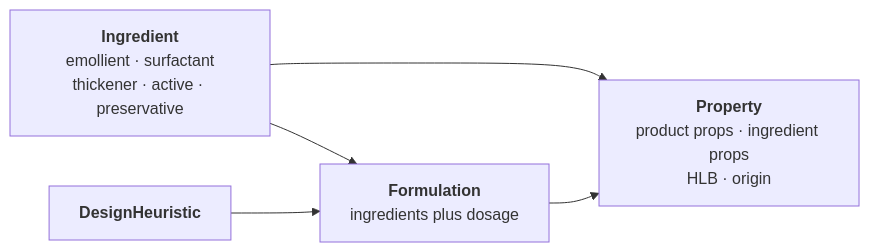
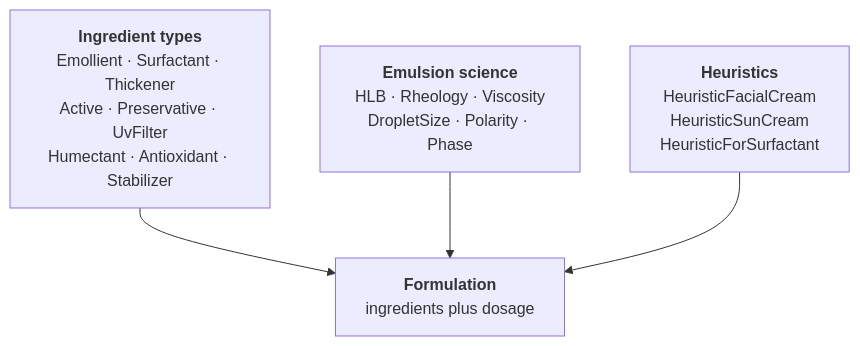
One commit to devexlynne/A-Multi-Source-Enriched-Skincare-Product-Dataset-for-Knowledge-Graph-Based-Recommendation changed the third of 6 diagrams in ONTOLOGY_REUSE.md. Above: the diagram before and after it, drawn with Mermaid. The commit also changed other lines of this file and 4 other files, not shown here.

````diff
--- a/ONTOLOGY_REUSE.md
+++ b/ONTOLOGY_REUSE.md
@@ -128,11 +193,10 @@
 ```mermaid
-graph LR
-    I["<b>Ingredient</b><br/>emollient · surfactant<br/>thickener · active · preservative"]
-    F["<b>Formulation</b><br/>ingredients plus dosage"]
-    P["<b>Property</b><br/>product props · ingredient props<br/>HLB · origin"]
-    H["<b>DesignHeuristic</b>"]
-    I --> F
-    I --> P
-    F --> P
-    H --> F
+graph TB
+    ING["<b>Ingredient types</b><br/>Emollient · Surfactant · Thickener<br/>Active · Preservative · UvFilter<br/>Humectant · Antioxidant · Stabilizer"]
+    EMU["<b>Emulsion science</b><br/>HLB · Rheology · Viscosity<br/>DropletSize · Polarity · Phase"]
+    HEU["<b>Heuristics</b><br/>HeuristicFacialCream<br/>HeuristicSunCream<br/>HeuristicForSurfactant"]
+    FOR["<b>Formulation</b><br/>ingredients plus dosage"]
+    ING --> FOR
+    EMU --> FOR
+    HEU --> FOR
 ```
````
